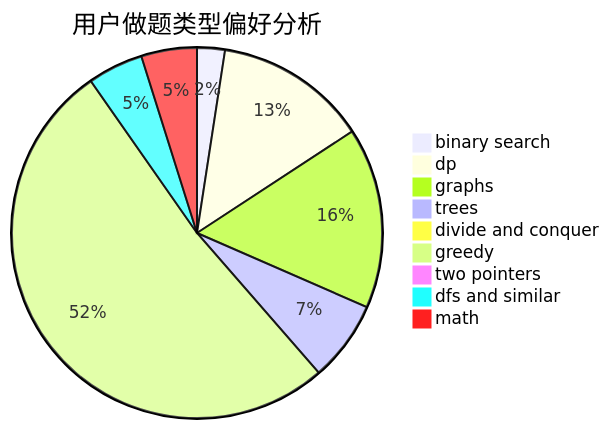
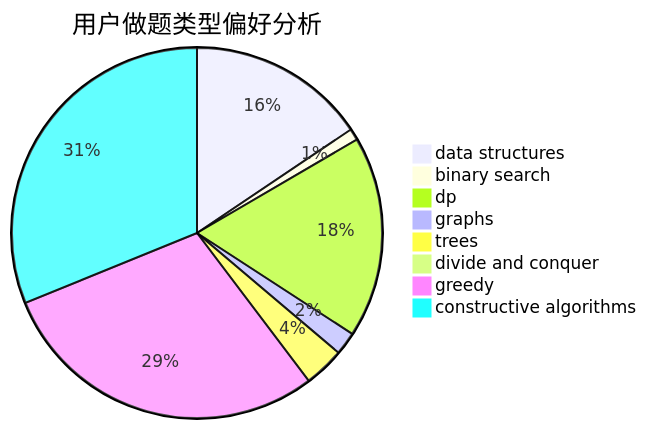
The second of 3 diagrams in docs/user/u2238.md (sherpahu/cfrs.github.io), drawn with Mermaid before and after one commit. The commit also changed other lines of this file and 2775 other files, not shown here.

````diff
--- a/docs/user/u2238.md
+++ b/docs/user/u2238.md
@@ -23,12 +23,11 @@
 ```mermaid
 pie title 用户做题类型偏好分析
-    "binary search" :  10
-    "dp" :  55
-    "graphs" :  65
-    "trees" :  29
+    "data structures" :  31
+    "binary search" :  2
+    "dp" :  35
+    "graphs" :  4
+    "trees" :  7
     "divide and conquer" :  0
-    "greedy" :  213
-    "two pointers" :  0
-    "dfs and similar" :  20
-    "math" :  20
+    "greedy" :  58
+    "constructive algorithms" :  62
 ```
````
